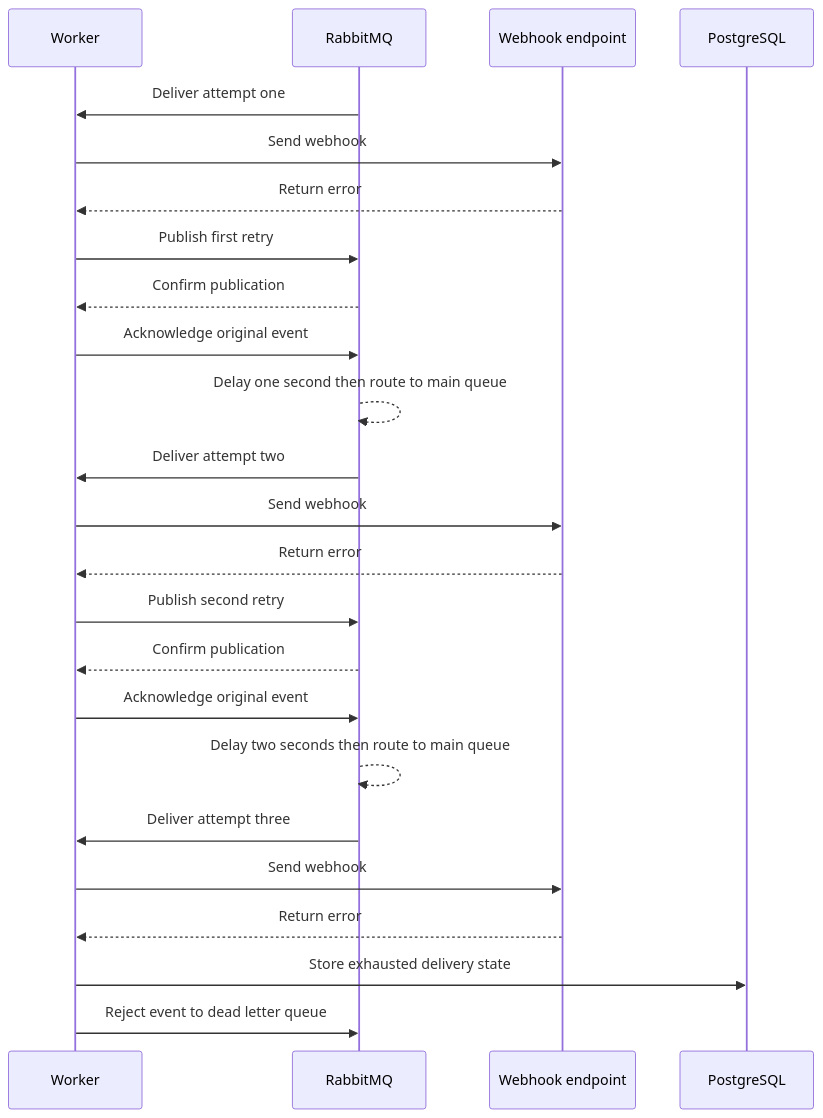
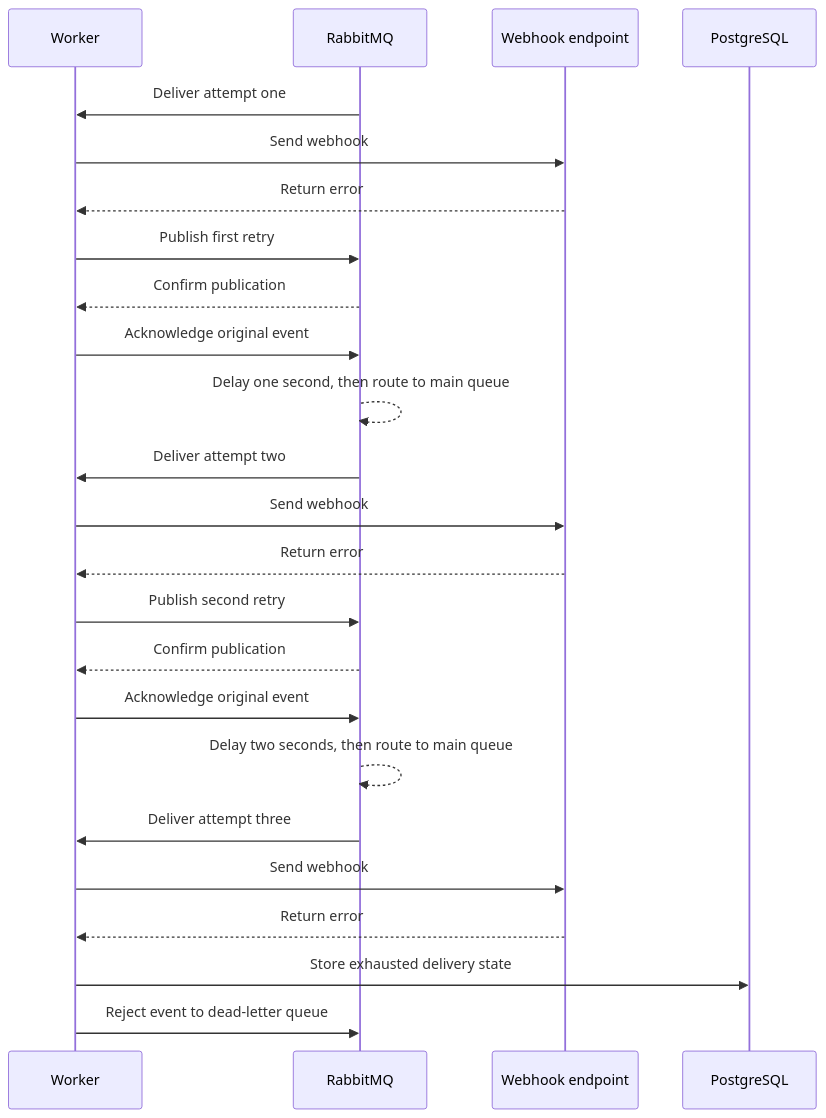
One commit to HappyCthulhu/async-payment-processor changed the third of 3 diagrams in docs/architecture.md. Above: the diagram before and after it, drawn with Mermaid. The commit also changed other lines of this file and 10 other files, not shown here.

````diff
--- a/docs/architecture.md
+++ b/docs/architecture.md
@@ -85,27 +86,27 @@
 ```mermaid
 sequenceDiagram
     participant W as Worker
     participant R as RabbitMQ
     participant H as Webhook endpoint
     participant P as PostgreSQL
 
     R->>W: Deliver attempt one
     W->>H: Send webhook
     H-->>W: Return error
     W->>R: Publish first retry
     R-->>W: Confirm publication
     W->>R: Acknowledge original event
-    R-->>R: Delay one second then route to main queue
+    R-->>R: Delay one second, then route to main queue
     R->>W: Deliver attempt two
     W->>H: Send webhook
     H-->>W: Return error
     W->>R: Publish second retry
     R-->>W: Confirm publication
     W->>R: Acknowledge original event
-    R-->>R: Delay two seconds then route to main queue
+    R-->>R: Delay two seconds, then route to main queue
     R->>W: Deliver attempt three
     W->>H: Send webhook
     H-->>W: Return error
     W->>P: Store exhausted delivery state
-    W->>R: Reject event to dead letter queue
+    W->>R: Reject event to dead-letter queue
 ```
````
